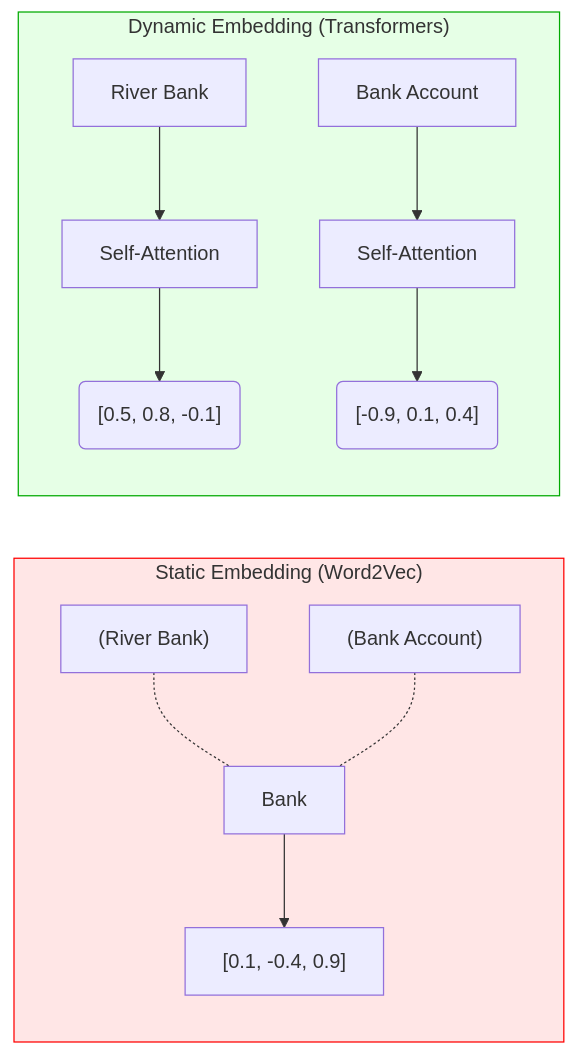
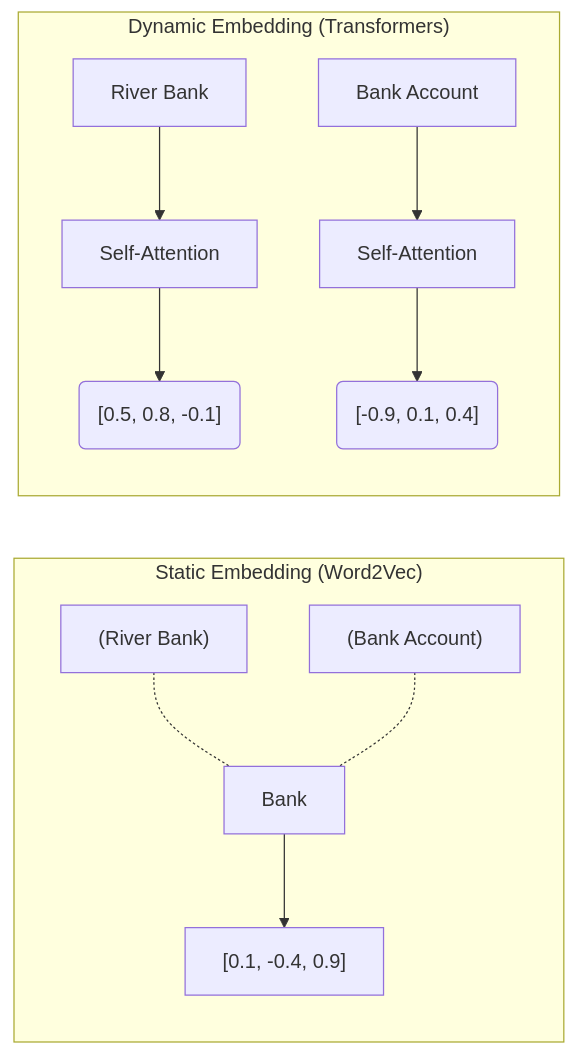
Before and after one commit to kythuatdulieu/kythuatdulieu.github.io: the diagram in src/content/docs/concepts/9-genai-machine-learning/embeddings.md, drawn with Mermaid. The commit also changed 682 other files, not shown here.

````diff
--- a/src/content/docs/concepts/9-genai-machine-learning/embeddings.md
+++ b/src/content/docs/concepts/9-genai-machine-learning/embeddings.md
@@ -33,16 +33,15 @@
 ```mermaid
 graph LR
     subgraph Word2Vec_Static["Static Embedding (Word2Vec)"]
         A["Bank"] --> V1["[0.1, -0.4, 0.9]"]
         B["(River Bank)"] -.- A
         C["(Bank Account)"] -.- A
     end
 
     subgraph Transformer_Dynamic["Dynamic Embedding (Transformers)"]
         D["River Bank"] --> E["Self-Attention"] --> V2("[0.5, 0.8, -0.1]")
         F["Bank Account"] --> G["Self-Attention"] --> V3("[-0.9, 0.1, 0.4]")
     end
-    
-    style Word2Vec_Static fill:#ffe6e6,stroke:#ff0000
-    style Transformer_Dynamic fill:#e6ffe6,stroke:#00aa00
+
+
 ```
````
